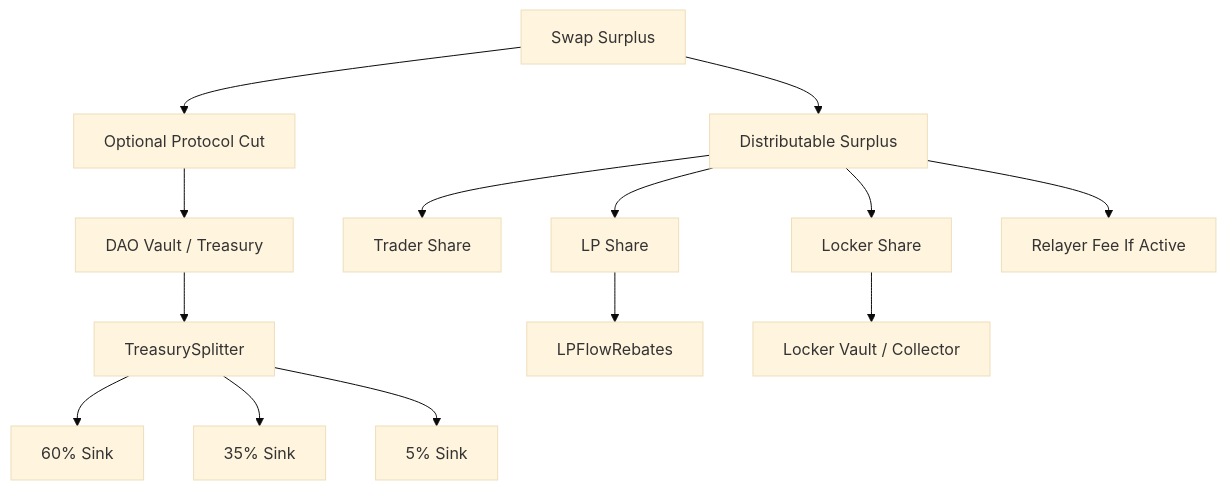
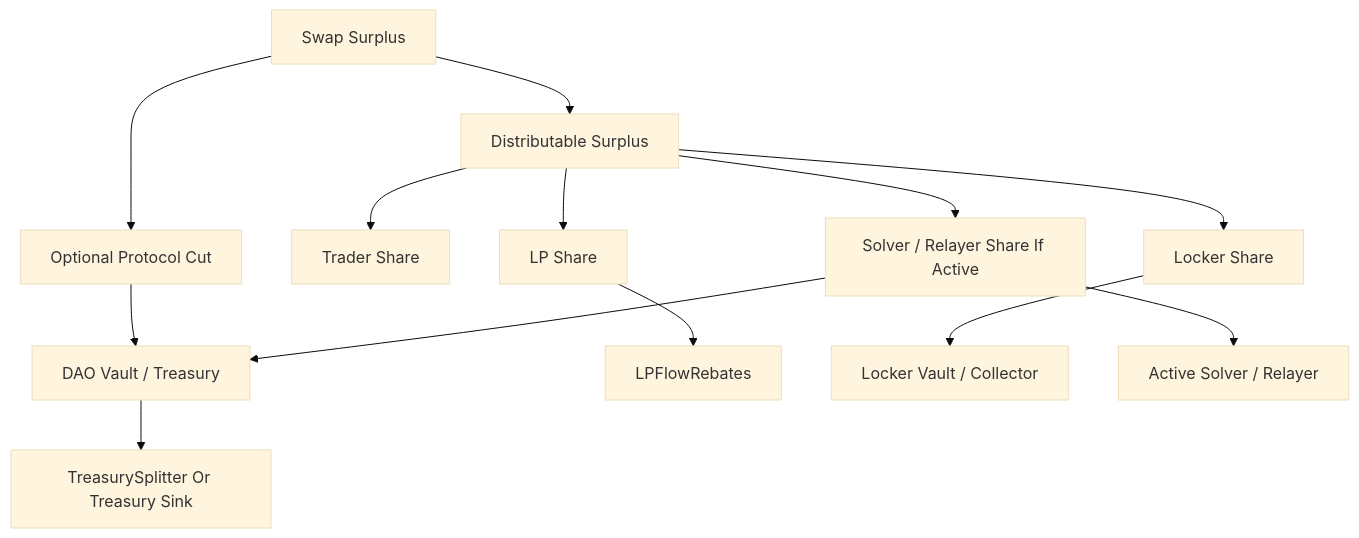
One commit to Paragon-Chain/protocol-contracts changed the second of 2 diagrams in contracts/payflow/README.md. Above: the diagram before and after it, drawn with Mermaid (base theme). The commit also changed other lines of this file, not shown here.

````diff
--- a/contracts/payflow/README.md
+++ b/contracts/payflow/README.md
@@ -97,16 +125,15 @@
 ```mermaid
 flowchart TD
     A["Swap Surplus"] --> B["Optional Protocol Cut"]
     A --> C["Distributable Surplus"]
     B --> D["DAO Vault / Treasury"]
     C --> E["Trader Share"]
     C --> F["LP Share"]
     C --> G["Locker Share"]
-    C --> H["Relayer Fee If Active"]
+    C --> H["Solver / Relayer Share If Active"]
     F --> I["LPFlowRebates"]
     G --> J["Locker Vault / Collector"]
-    D --> K["TreasurySplitter"]
-    K --> L["60% Sink"]
-    K --> M["35% Sink"]
-    K --> N["5% Sink"]
+    H --> K["Active Solver / Relayer"]
+    H --> D
+    D --> Z["TreasurySplitter Or Treasury Sink"]
 ```
````
